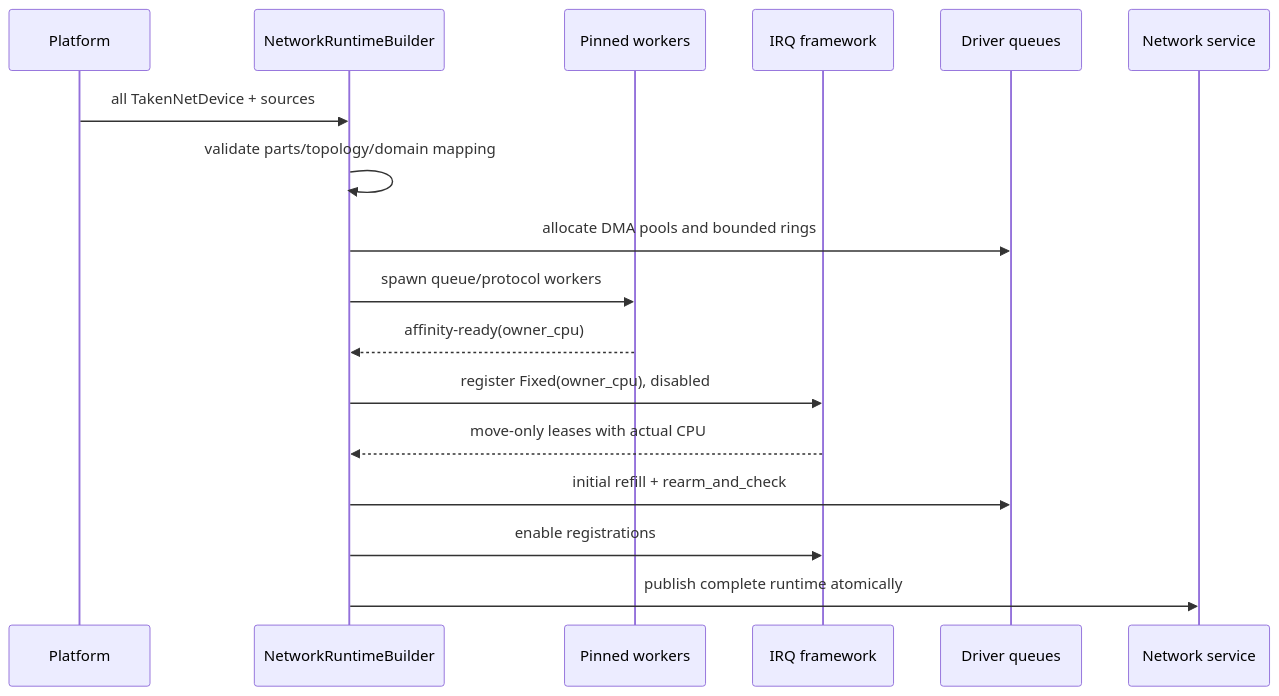
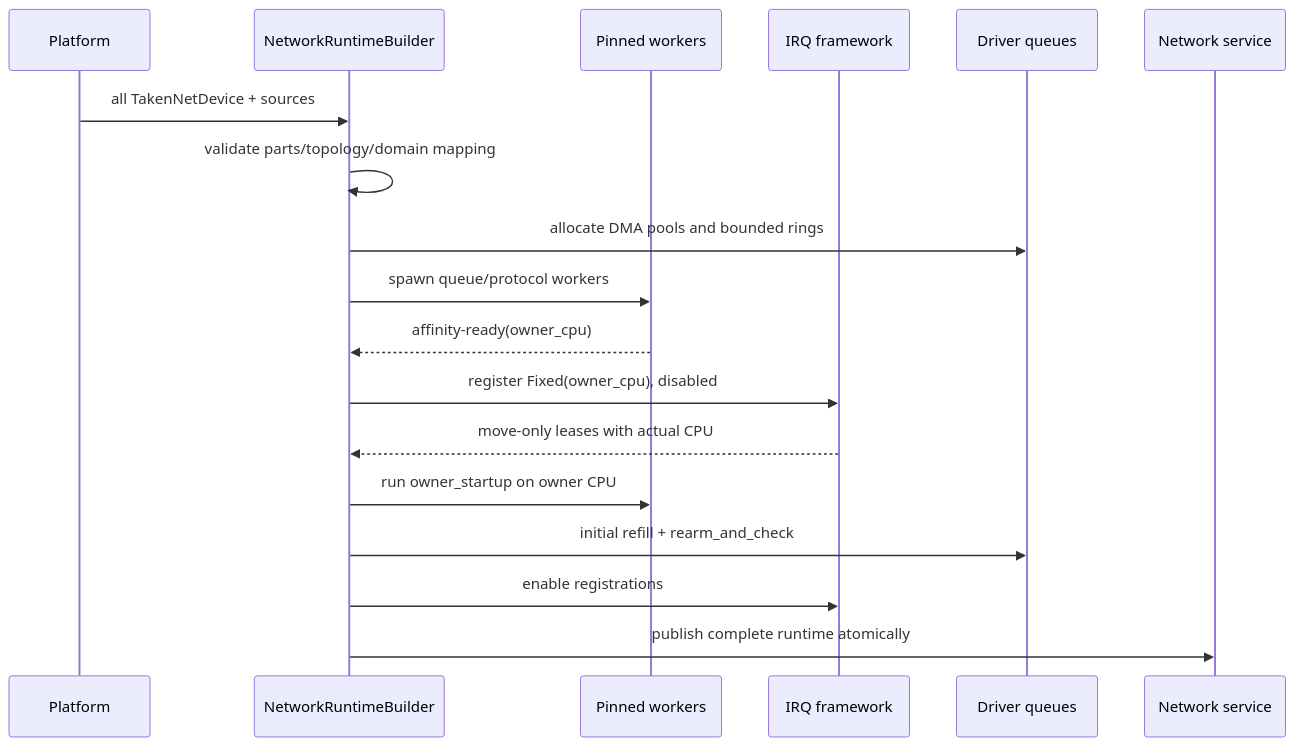
One commit to rcore-os/tgoskits changed the third of 3 diagrams in docs/docs/architecture/net/queue-napi-runtime.md. Above: the diagram before and after it, drawn with Mermaid. The commit also changed other lines of this file and 36 other files, not shown here.

````diff
--- a/docs/docs/architecture/net/queue-napi-runtime.md
+++ b/docs/docs/architecture/net/queue-napi-runtime.md
@@ -419,19 +421,20 @@
 ```mermaid
 sequenceDiagram
     participant P as Platform
     participant B as NetworkRuntimeBuilder
     participant W as Pinned workers
     participant I as IRQ framework
     participant D as Driver queues
     participant S as Network service
     P->>B: all TakenNetDevice + sources
     B->>B: validate parts/topology/domain mapping
     B->>D: allocate DMA pools and bounded rings
     B->>W: spawn queue/protocol workers
     W-->>B: affinity-ready(owner_cpu)
     B->>I: register Fixed(owner_cpu), disabled
     I-->>B: move-only leases with actual CPU
+    B->>W: run owner_startup on owner CPU
     B->>D: initial refill + rearm_and_check
     B->>I: enable registrations
     B->>S: publish complete runtime atomically
 ```
````
